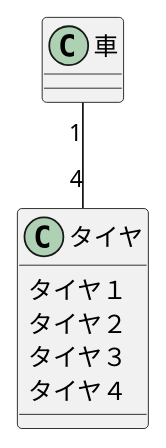
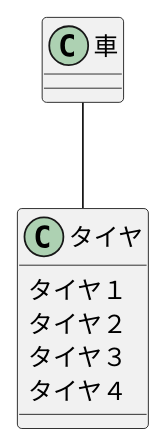
One commit to masakan590/uml-introduction changed the diagram in 演習3-4_クラス図.pu. Above: the diagram before and after it, drawn with PlantUML. The commit also changed 1 other file, not shown here.

```diff
--- a/演習3-4_クラス図.pu
+++ b/演習3-4_クラス図.pu
@@ -1,12 +1,12 @@
 @startuml
 class 車 
 class タイヤ{
     タイヤ１
     タイヤ２
     タイヤ３
     タイヤ４
 }
 
-車 "1" -- "4" タイヤ
+車  --  タイヤ
 
 @enduml
```
